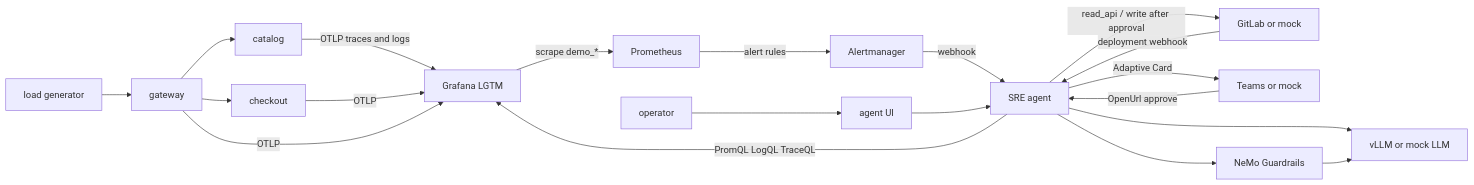
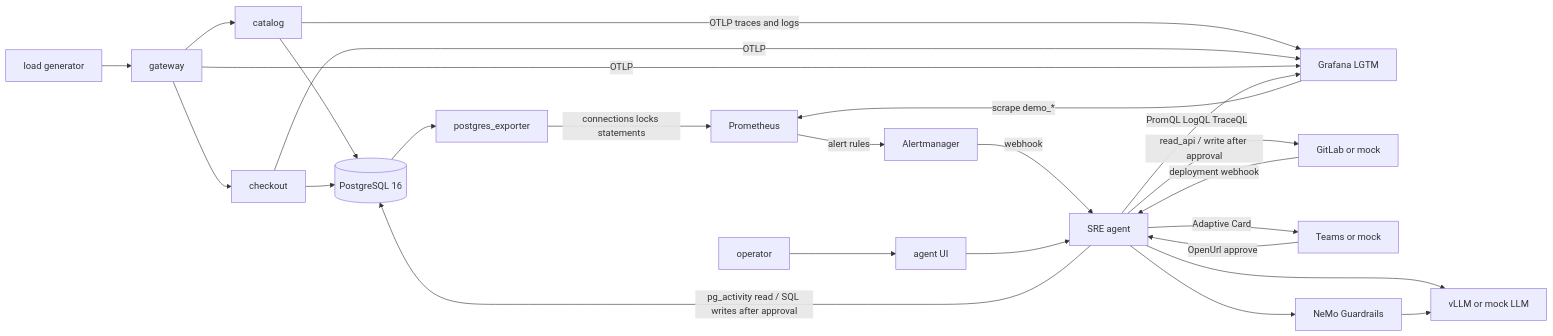
One commit to sanprasirt/demo_projects changed the diagram in apps/agentic-sre/README.md. Above: the diagram before and after it, drawn with Mermaid. The commit also changed other lines of this file and 45 other files, not shown here.

First line of the commit message:
Add real Postgres monitoring to the agentic SRE demo.

````diff
--- a/apps/agentic-sre/README.md
+++ b/apps/agentic-sre/README.md
@@ -13,22 +13,27 @@
 ```mermaid
 flowchart LR
   load[load generator] --> gw[gateway]
   gw --> cat[catalog]
   gw --> chk[checkout]
+  cat --> pg[(PostgreSQL 16)]
+  chk --> pg
+  pg --> exp[postgres_exporter]
   cat -->|OTLP traces and logs| lgtm[Grafana LGTM]
   chk -->|OTLP| lgtm
   gw -->|OTLP| lgtm
-  lgtm -->|scrape demo_*| prom[Prometheus]
+  exp -->|connections locks statements| prom[Prometheus]
+  lgtm -->|scrape demo_*| prom
   prom -->|alert rules| am[Alertmanager]
   am -->|webhook| agent[SRE agent]
   gl[GitLab or mock] -->|deployment webhook| agent
   agent -->|PromQL LogQL TraceQL| lgtm
+  agent -->|pg_activity read / SQL writes after approval| pg
   agent -->|read_api / write after approval| gl
   agent -->|Adaptive Card| teams[Teams or mock]
   teams -->|OpenUrl approve| agent
   user[operator] --> ui[agent UI]
   ui --> agent
   agent --> llm[vLLM or mock LLM]
   agent --> nemo[NeMo Guardrails]
   nemo --> llm
 ```
````
